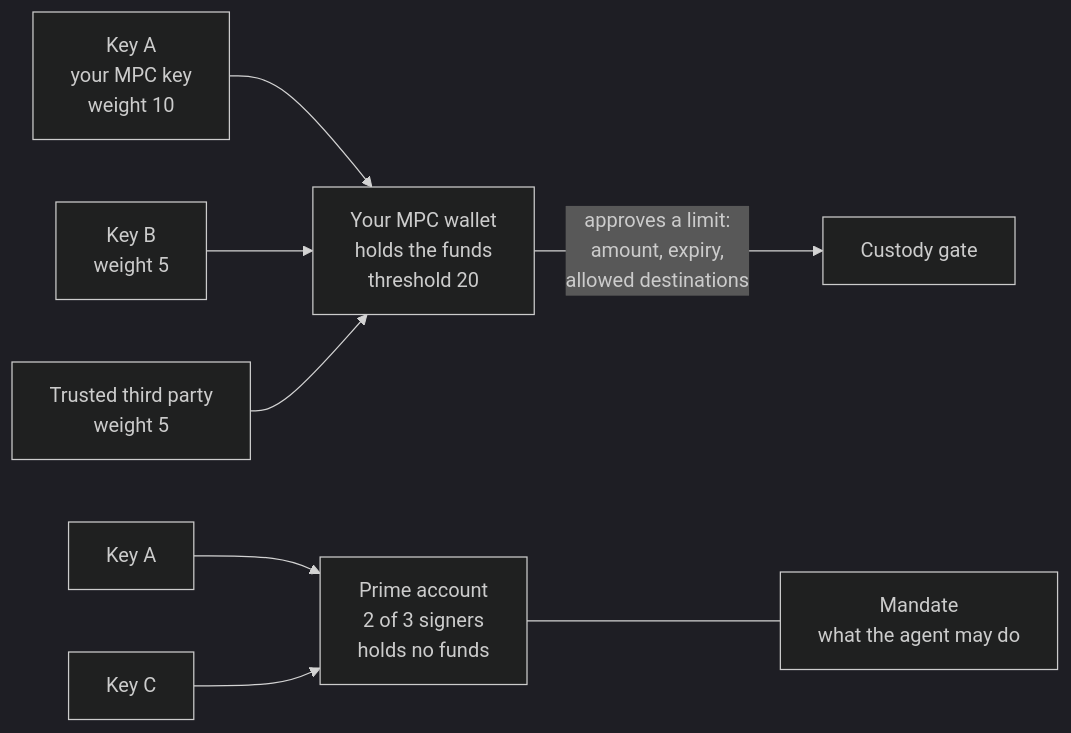
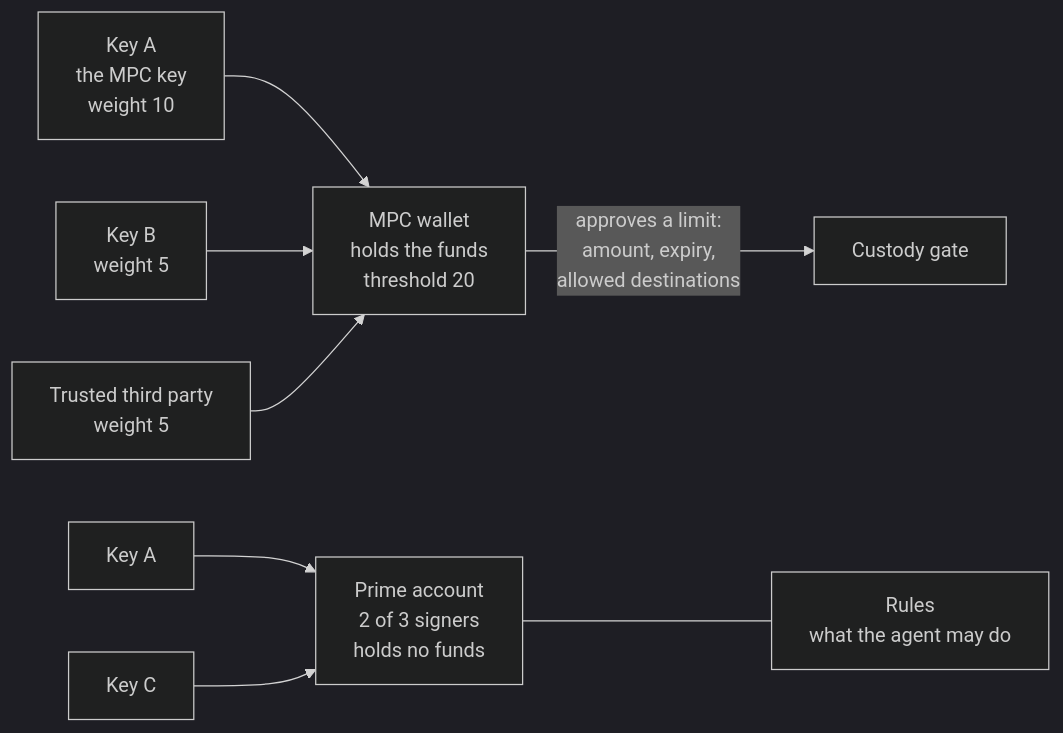
The first of 6 diagrams in docs/architecture.md (untangledfinance/oz-policy-builder), drawn with Mermaid (dark theme) before and after one commit. The commit also changed other lines of this file and 5 other files, not shown here.

First line of the commit message:
docs: a page per chain, an overview and a whole-system architecture

````diff
--- a/docs/architecture.md
+++ b/docs/architecture.md
@@ -42,12 +51,12 @@
 ```mermaid
 flowchart LR
-    A["Key A<br/>your MPC key<br/>weight 10"] --> MPC
+    A["Key A<br/>the MPC key<br/>weight 10"] --> MPC
     B["Key B<br/>weight 5"] --> MPC
     T["Trusted third party<br/>weight 5"] --> MPC
-    MPC["Your MPC wallet<br/>holds the funds<br/>threshold 20"]
+    MPC["MPC wallet<br/>holds the funds<br/>threshold 20"]
     MPC -->|"approves a limit:<br/>amount, expiry,<br/>allowed destinations"| GATE["Custody gate"]
     A2["Key A"] --> PRIME
     C["Key C"] --> PRIME
     PRIME["Prime account<br/>2 of 3 signers<br/>holds no funds"]
-    PRIME --- MANDATE["Mandate<br/>what the agent may do"]
+    PRIME --- MANDATE["Rules<br/>what the agent may do"]
 ```
````
